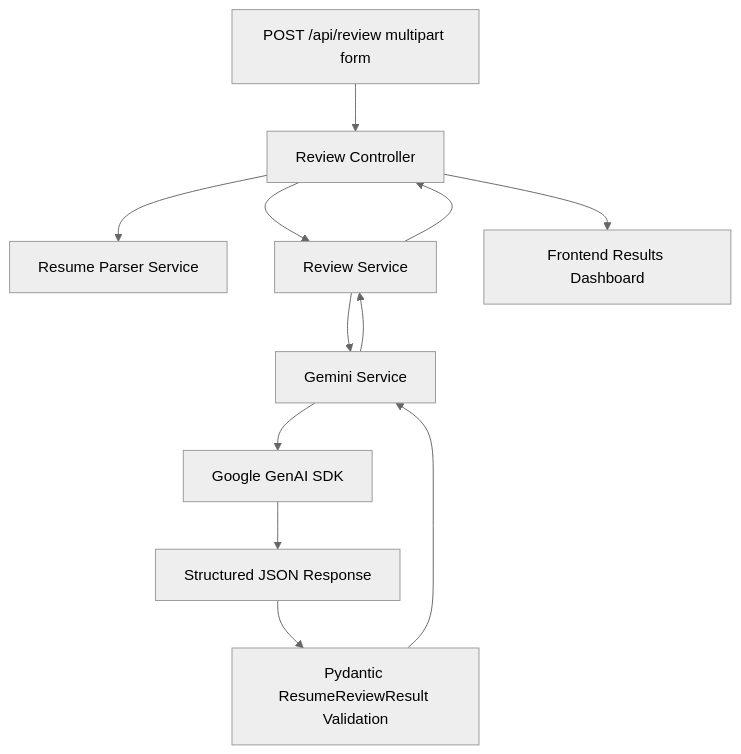
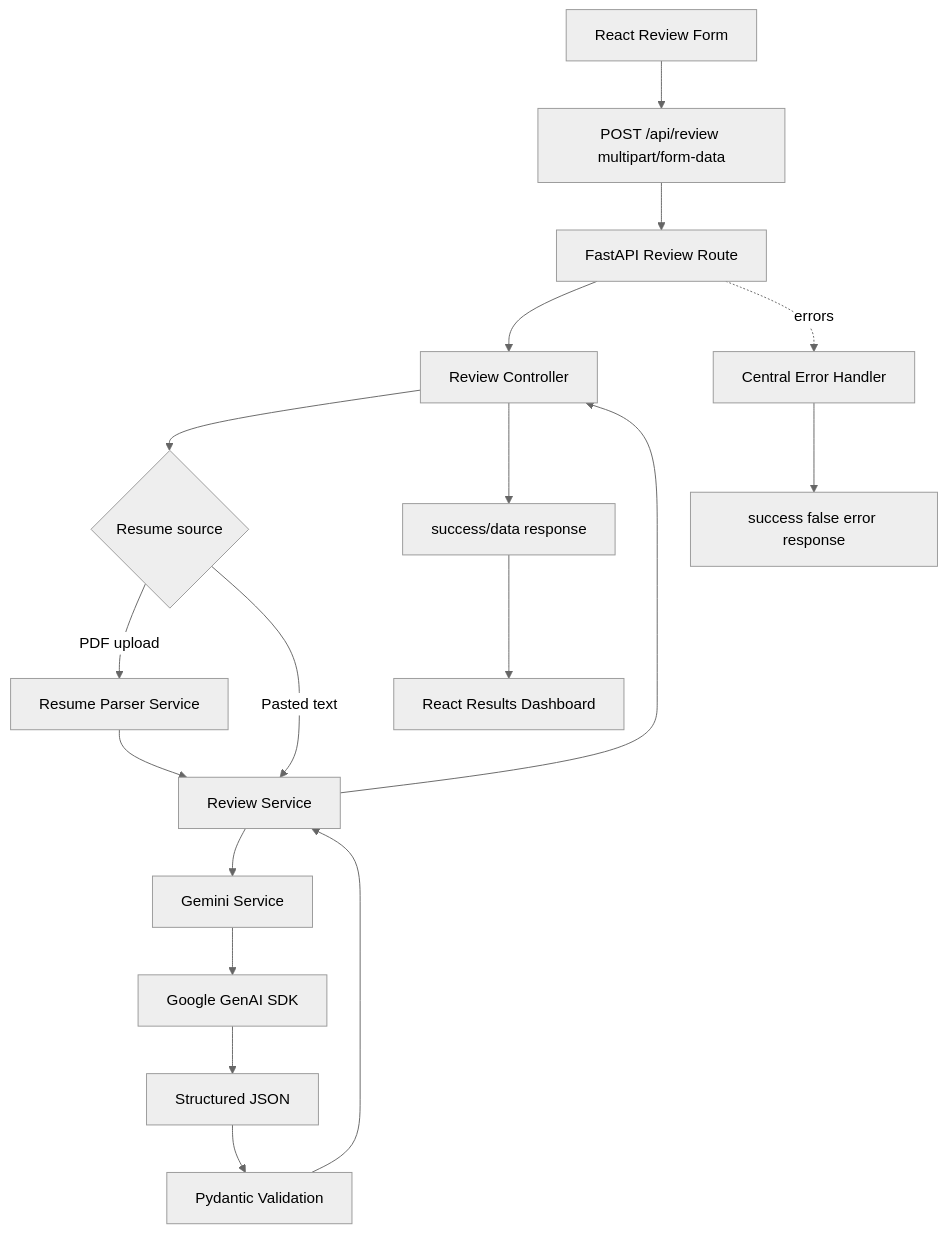
One commit to tsionbirhanu/ai-resume-reviewer changed the diagram in README.md. Above: the diagram before and after it, drawn with Mermaid (neutral theme). The commit also changed other lines of this file, not shown here.

Commit message:
docs: improve root README for AI Resume Reviewer

````diff
--- a/README.md
+++ b/README.md
@@ -56,14 +46,21 @@
 ```mermaid
 flowchart TD
-  A[POST /api/review multipart form] --> B[Review Controller]
-  B --> C[Resume Parser Service]
-  B --> D[Review Service]
-  D --> E[Gemini Service]
-  E --> F[Google GenAI SDK]
-  F --> G[Structured JSON Response]
-  G --> H[Pydantic ResumeReviewResult Validation]
-  H --> E
-  E --> D
-  D --> B
-  B --> I[Frontend Results Dashboard]
+  A[React Review Form] --> B[POST /api/review multipart/form-data]
+  B --> C[FastAPI Review Route]
+  C --> D[Review Controller]
+  D --> E{Resume source}
+  E -->|PDF upload| F[Resume Parser Service]
+  E -->|Pasted text| G[Review Service]
+  F --> G
+  G --> H[Gemini Service]
+  H --> I[Google GenAI SDK]
+  I --> J[Structured JSON]
+  J --> K[Pydantic Validation]
+  K --> G
+  G --> D
+  D --> L[success/data response]
+  L --> M[React Results Dashboard]
+
+  C -. errors .-> N[Central Error Handler]
+  N --> O[success false error response]
 ```
````
